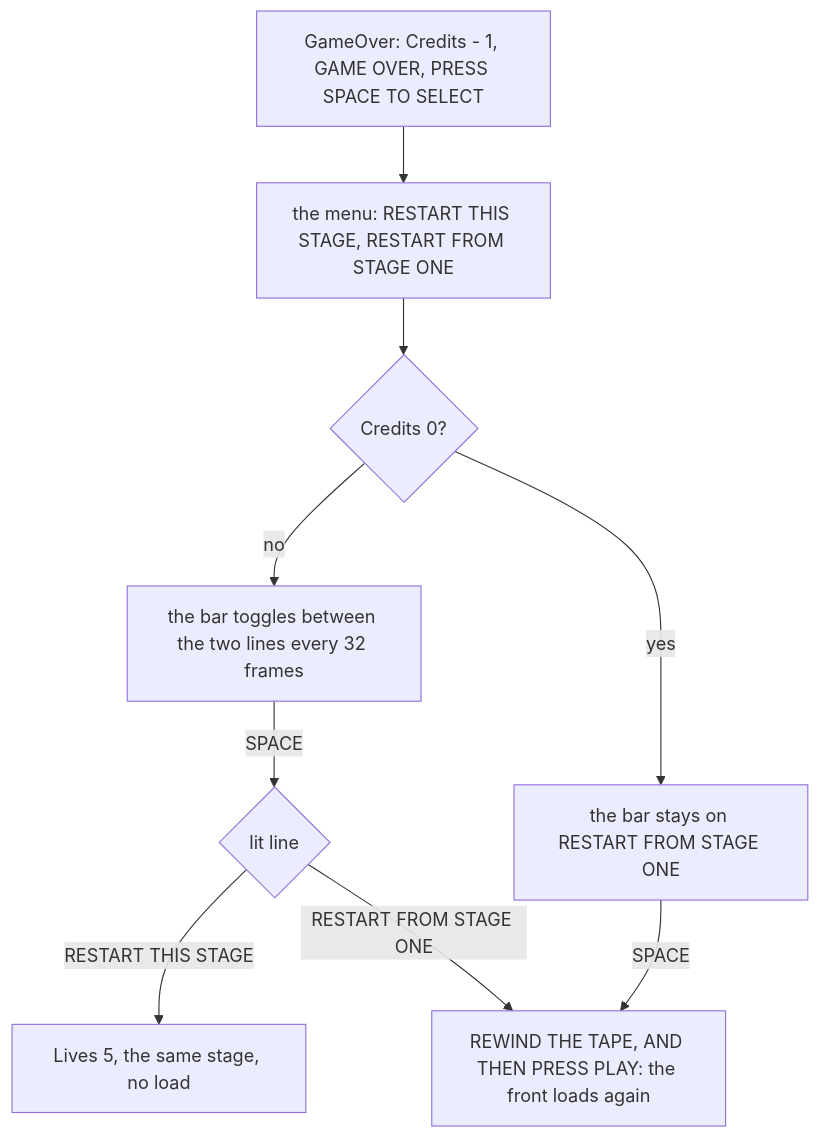
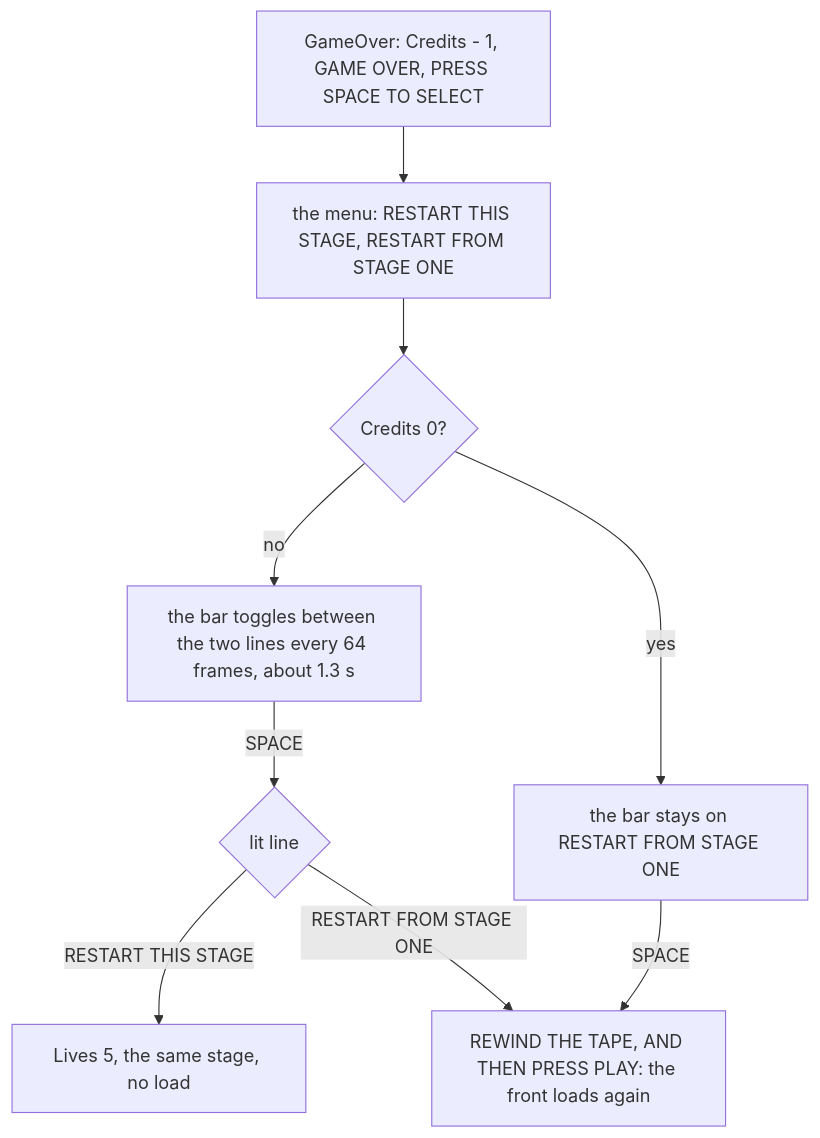
One commit to alfishe/unrealng-reverse-cases changed the sixth of 9 diagrams in games/myth/docs/01-game-design.md. Above: the diagram before and after it, drawn with Mermaid. The commit also changed other lines of this file and 42 other files, not shown here.

Commit message:
Myth: review round 1 fixed (57 findings): waits at two HALTs a turn, the demon's tenth object, the deadly cell ahead of the head, enemies and bosses of stages 2-5 with asm, mermaid, animations and witnesses, maps and enemy sheets redrawn

````diff
--- a/games/myth/docs/01-game-design.md
+++ b/games/myth/docs/01-game-design.md
@@ -364,11 +367,11 @@
 ```mermaid
 flowchart TD
     G["GameOver: Credits - 1, GAME OVER, PRESS SPACE TO SELECT"] --> M["the menu: RESTART THIS STAGE, RESTART FROM STAGE ONE"]
     M --> B{"Credits 0?"}
-    B -->|"no"| T["the bar toggles between the two lines every 32 frames"]
+    B -->|"no"| T["the bar toggles between the two lines every 64 frames, about 1.3 s"]
     B -->|"yes"| O["the bar stays on RESTART FROM STAGE ONE"]
     T -->|"SPACE"| C{"lit line"}
     O -->|"SPACE"| W
     C -->|"RESTART THIS STAGE"| S["Lives 5, the same stage, no load"]
     C -->|"RESTART FROM STAGE ONE"| W["REWIND THE TAPE, AND THEN PRESS PLAY: the front loads again"]
 ```
````
